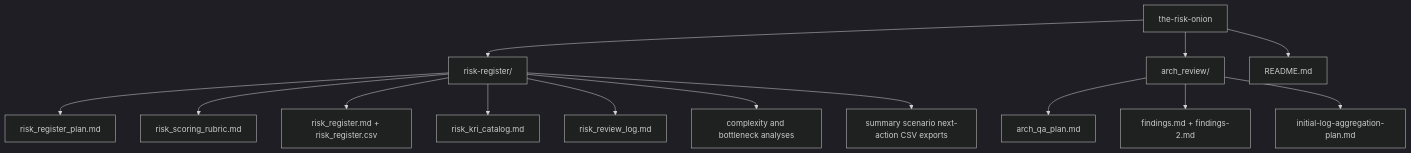
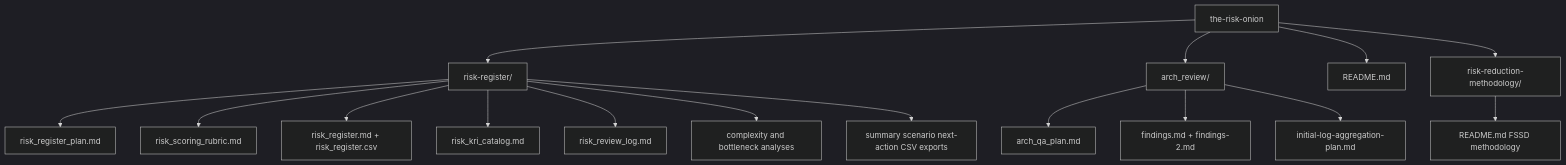
Before and after one commit to scottrbrtsn-ata-llc/the-risk-onion: the second of 2 diagrams in README.md, drawn with Mermaid (dark theme). The commit also changed other lines of this file, not shown here.

````diff
--- a/README.md
+++ b/README.md
@@ -48,18 +60,21 @@
 ```mermaid
 graph TD
     A[the-risk-onion] --> B[risk-register/]
     A --> C[arch_review/]
     A --> D[README.md]
+    A --> E[risk-reduction-methodology/]
 
     B --> B1[risk_register_plan.md]
     B --> B2[risk_scoring_rubric.md]
     B --> B3[risk_register.md + risk_register.csv]
     B --> B4[risk_kri_catalog.md]
     B --> B5[risk_review_log.md]
     B --> B6[complexity and bottleneck analyses]
     B --> B7[summary scenario next-action CSV exports]
 
     C --> C1[arch_qa_plan.md]
     C --> C2[findings.md + findings-2.md]
     C --> C3[initial-log-aggregation-plan.md]
+
+    E --> E1[README.md FSSD methodology]
 ```
````
